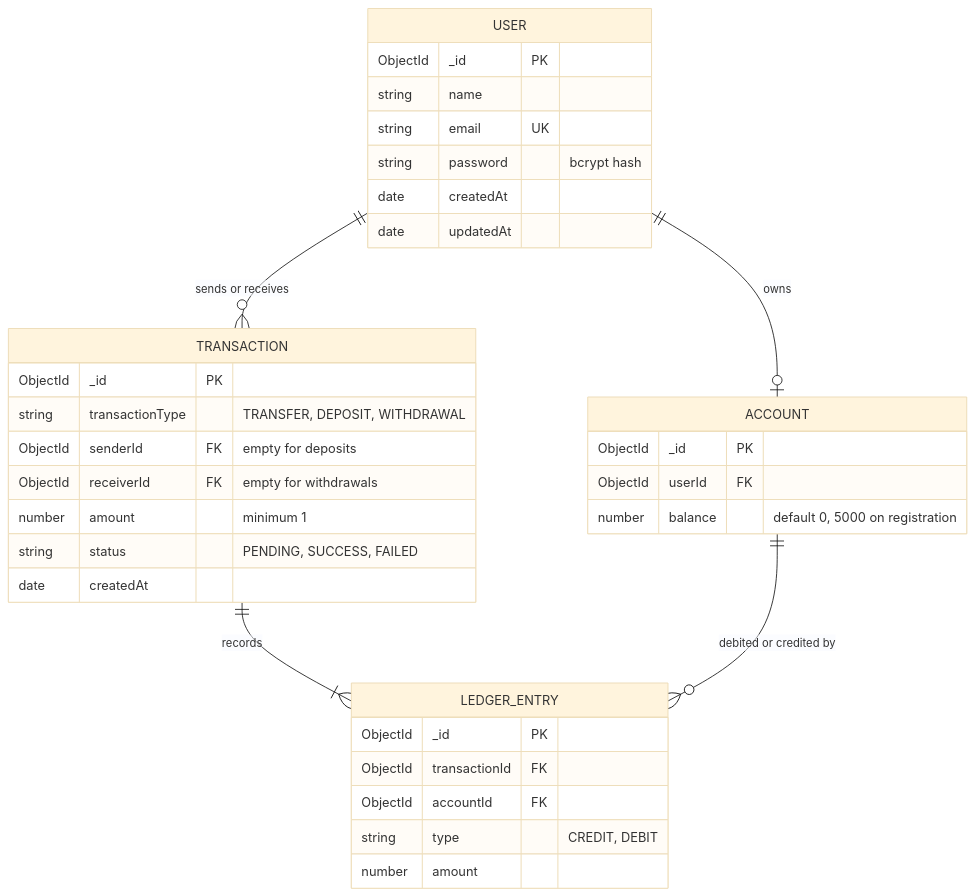
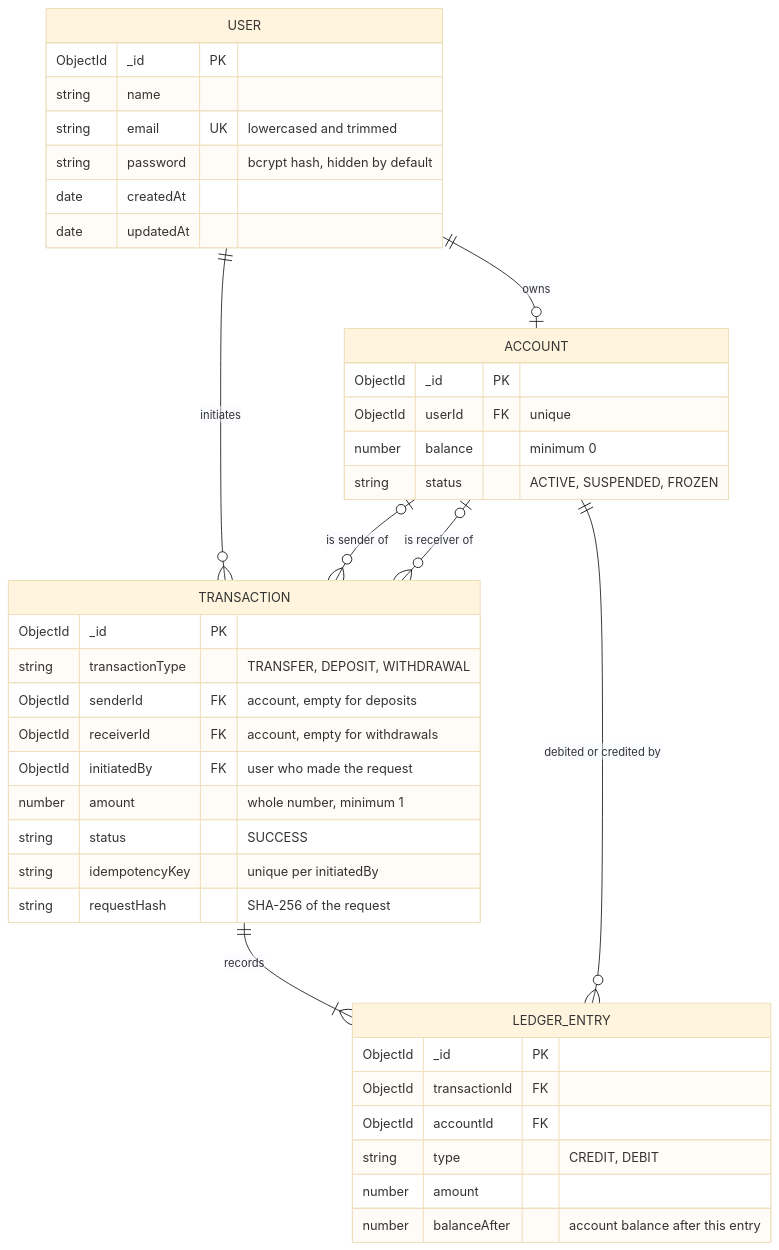
The second of 4 diagrams in README.md (Satish-011/Backend-ledger), drawn with Mermaid (base theme) before and after one commit. The commit also changed other lines of this file, not shown here.

````diff
--- a/README.md
+++ b/README.md
@@ -68,37 +70,43 @@
 ```mermaid
 erDiagram
     USER ||--o| ACCOUNT : owns
-    USER ||--o{ TRANSACTION : "sends or receives"
+    USER ||--o{ TRANSACTION : initiates
+    ACCOUNT o|--o{ TRANSACTION : "is sender of"
+    ACCOUNT o|--o{ TRANSACTION : "is receiver of"
     TRANSACTION ||--|{ LEDGER_ENTRY : records
     ACCOUNT ||--o{ LEDGER_ENTRY : "debited or credited by"
 
     USER {
         ObjectId _id PK
         string name
-        string email UK
-        string password "bcrypt hash"
+        string email UK "lowercased and trimmed"
+        string password "bcrypt hash, hidden by default"
         date createdAt
         date updatedAt
     }
     ACCOUNT {
         ObjectId _id PK
-        ObjectId userId FK
-        number balance "default 0, 5000 on registration"
+        ObjectId userId FK "unique"
+        number balance "minimum 0"
+        string status "ACTIVE, SUSPENDED, FROZEN"
     }
     TRANSACTION {
         ObjectId _id PK
         string transactionType "TRANSFER, DEPOSIT, WITHDRAWAL"
-        ObjectId senderId FK "empty for deposits"
-        ObjectId receiverId FK "empty for withdrawals"
-        number amount "minimum 1"
-        string status "PENDING, SUCCESS, FAILED"
-        date createdAt
+        ObjectId senderId FK "account, empty for deposits"
+        ObjectId receiverId FK "account, empty for withdrawals"
+        ObjectId initiatedBy FK "user who made the request"
+        number amount "whole number, minimum 1"
+        string status "SUCCESS"
+        string idempotencyKey "unique per initiatedBy"
+        string requestHash "SHA-256 of the request"
     }
     LEDGER_ENTRY {
         ObjectId _id PK
         ObjectId transactionId FK
         ObjectId accountId FK
         string type "CREDIT, DEBIT"
         number amount
+        number balanceAfter "account balance after this entry"
     }
 ```
````
